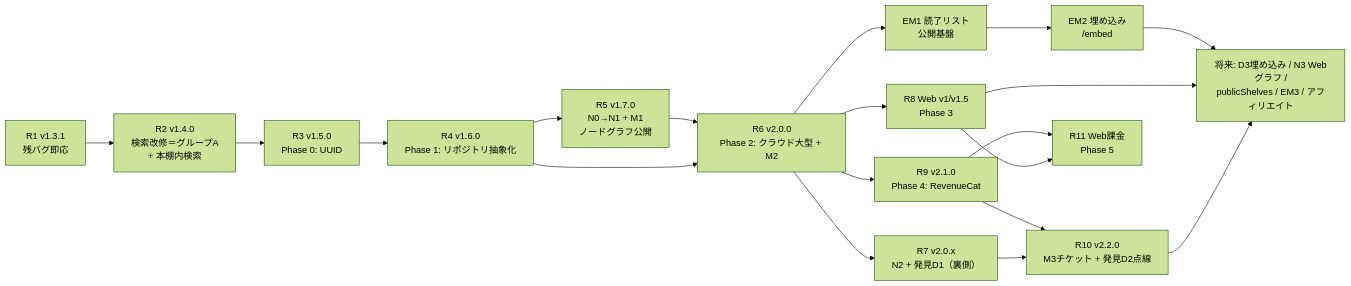
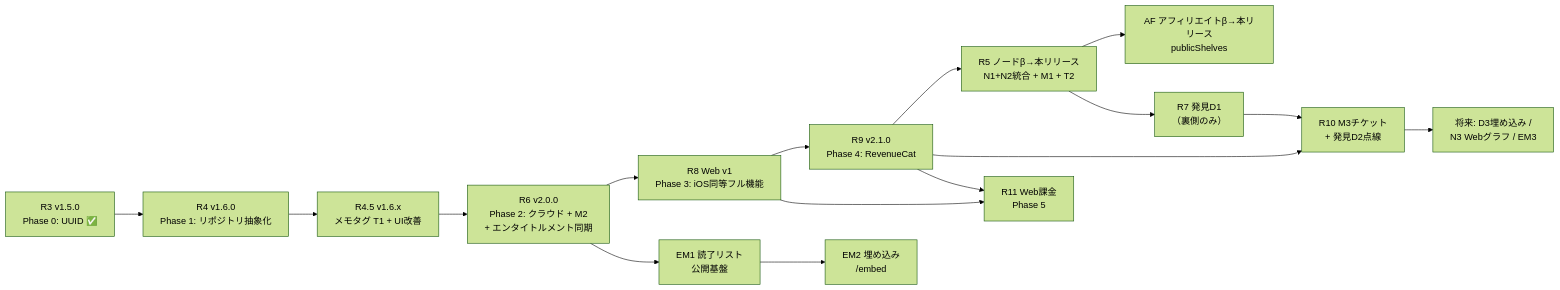
One commit to minayamahata/bookbank-100days-log changed the diagram in docs/implementation-roadmap.md. Above: the diagram before and after it, drawn with Mermaid (forest theme). The commit also changed other lines of this file, not shown here.

Commit message:
ロードマップをWeb優先へ全面改訂(Web v1はiOS同等フル機能・R9はWeb後に順次化・R6にエンタイトルメント同期と競合解決を追加)

````diff
--- a/docs/implementation-roadmap.md
+++ b/docs/implementation-roadmap.md
@@ -25,21 +26,17 @@
 ```mermaid
 flowchart LR
-    R1[R1 v1.3.1<br/>残バグ即応] --> R2[R2 v1.4.0<br/>検索改修＝グループA<br/>+ 本棚内検索]
-    R2 --> R3[R3 v1.5.0<br/>Phase 0: UUID]
-    R3 --> R4[R4 v1.6.0<br/>Phase 1: リポジトリ抽象化]
-    R4 --> R5[R5 v1.7.0<br/>N0→N1 + M1<br/>ノードグラフ公開]
-    R4 --> R6[R6 v2.0.0<br/>Phase 2: クラウド大型 + M2]
-    R5 --> R6
-    R6 --> R7[R7 v2.0.x<br/>N2 + 発見D1（裏側）]
-    R6 --> R8[R8 Web v1/v1.5<br/>Phase 3]
-    R6 --> EM1[EM1 読了リスト<br/>公開基盤]
-    EM1 --> EM2[EM2 埋め込み<br/>/embed]
-    R6 --> R9[R9 v2.1.0<br/>Phase 4: RevenueCat]
-    R7 --> R10[R10 v2.2.0<br/>M3チケット + 発見D2点線]
+    R3[R3 v1.5.0<br/>Phase 0: UUID ✅] --> R4[R4 v1.6.0<br/>Phase 1: リポジトリ抽象化]
+    R4 --> R45[R4.5 v1.6.x<br/>メモタグ T1 + UI改善]
+    R45 --> R6[R6 v2.0.0<br/>Phase 2: クラウド + M2<br/>+ エンタイトルメント同期]
+    R6 --> R8[R8 Web v1<br/>Phase 3: iOS同等フル機能]
+    R8 --> R9[R9 v2.1.0<br/>Phase 4: RevenueCat]
+    R9 --> R5[R5 ノードβ→本リリース<br/>N1+N2統合 + M1 + T2]
+    R5 --> AF[AF アフィリエイトβ→本リリース<br/>publicShelves]
+    R5 --> R7[R7 発見D1<br/>（裏側のみ）]
+    R7 --> R10[R10 M3チケット<br/>+ 発見D2点線]
     R9 --> R10
+    R6 --> EM1[EM1 読了リスト<br/>公開基盤] --> EM2[EM2 埋め込み<br/>/embed]
     R8 --> R11[R11 Web課金<br/>Phase 5]
     R9 --> R11
-    R10 --> F[将来: D3埋め込み / N3 Webグラフ /<br/>publicShelves / EM3 / アフィリエイト]
-    R8 --> F
-    EM2 --> F
+    R10 --> F[将来: D3埋め込み /<br/>N3 Webグラフ / EM3]
 ```
````
